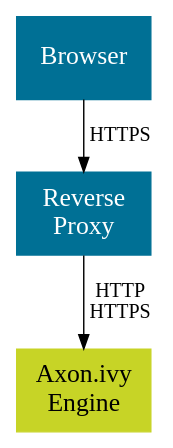
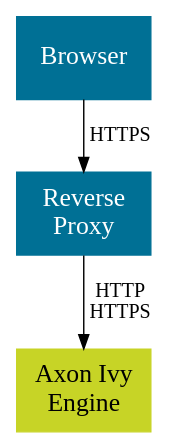
Before and after one commit to bernhardAxonIvy/doc: the diagram in source/engine-guide/integration/reverse-proxy/overview.dot, drawn with Graphviz. The commit also changed 162 other files, not shown here.

Commit message:
XIVY-5540 Rebrand javadoc, doc and techdoc with Axon Ivy

```diff
--- a/source/engine-guide/integration/reverse-proxy/overview.dot
+++ b/source/engine-guide/integration/reverse-proxy/overview.dot
@@ -1,19 +1,19 @@
 
 digraph overview {
   node [
     shape=box, 
     style=filled,
     margin=0 width=2 height=0.8
     fontcolor="white",    
     color="#007095",
     fixedsize=true,
     fontsize=18
   ];
 
   browser [ label="Browser", pos = "0,2.5!", width="1.3" height="0.8"];
   reverseproxy [ label="Reverse\nProxy", pos="3,2.5!" width="1.3" height="0.8"]
-  engine [label="Axon.ivy\nEngine", pos="6,2.5!", height="0.8", width="1.3", color="#C7D426", fontcolor="black"];
+  engine [label="Axon Ivy\nEngine", pos="6,2.5!", height="0.8", width="1.3", color="#C7D426", fontcolor="black"];
   
   browser -> reverseproxy [ label="HTTPS"];
   reverseproxy -> engine [ label="HTTP\nHTTPS" ];
 }
```
